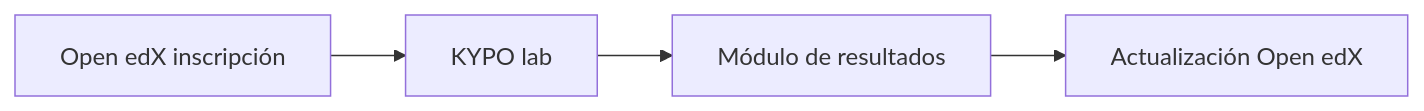
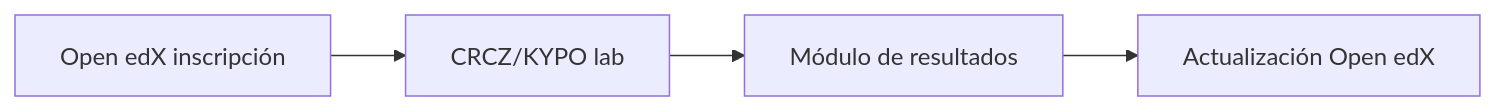
Before and after one commit to jmratwork/techanalysissecmanage-crcz: the diagram in subcase_1b/README.md, drawn with Mermaid. The commit also changed other lines of this file, not shown here.

````diff
--- a/subcase_1b/README.md
+++ b/subcase_1b/README.md
@@ -7,6 +7,6 @@
 ```mermaid
 flowchart LR
-    A[Open edX inscripción] --> B[KYPO lab]
+    A[Open edX inscripción] --> B[CRCZ/KYPO lab]
     B --> C[Módulo de resultados]
     C --> D[Actualización Open edX]
 ```
````
